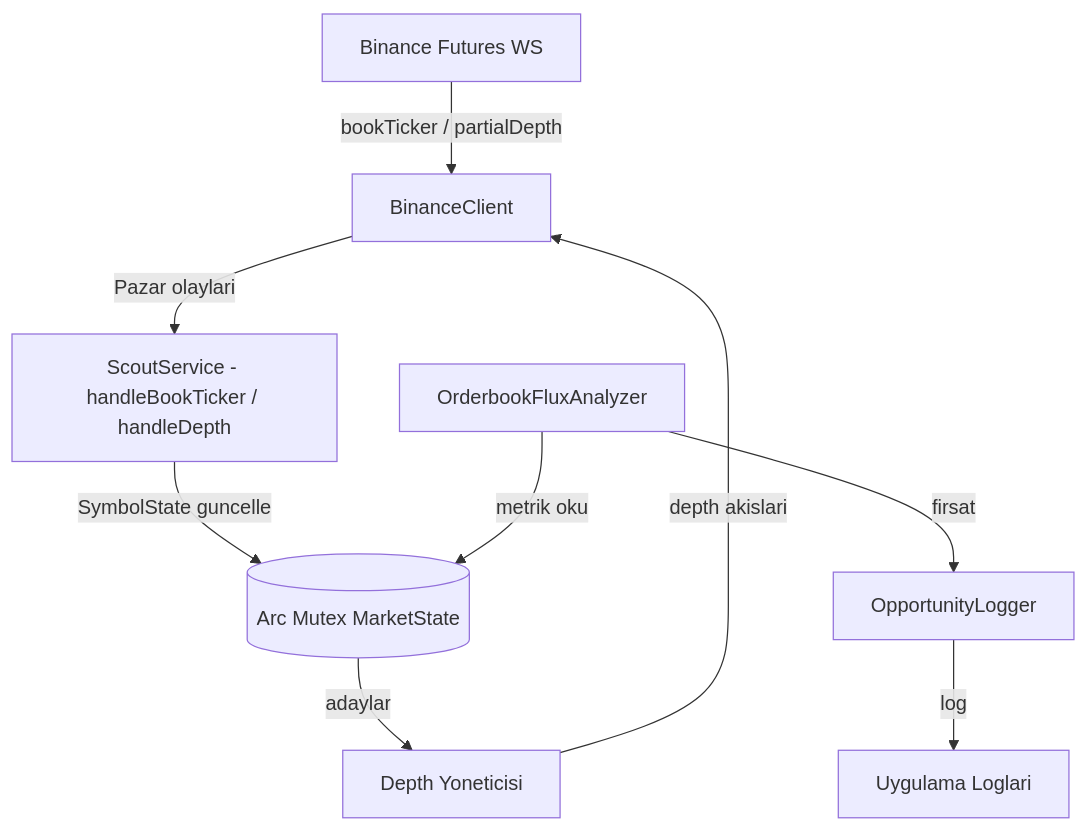
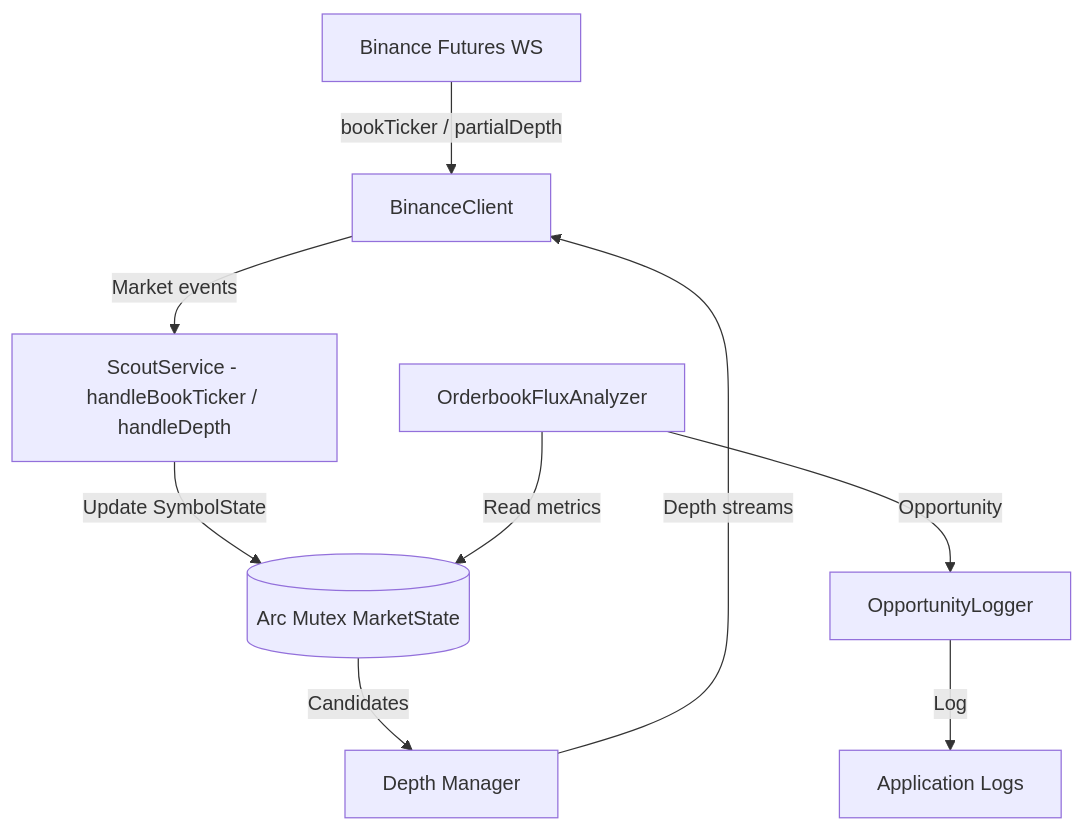
The diagram in crates/plugins/analytics/plugin_scout/architecture_design.md (semihvz/cycle_plugin_arch), drawn with Mermaid before and after one commit. The commit also changed other lines of this file and 26 other files, not shown here.

````diff
--- a/crates/plugins/analytics/plugin_scout/architecture_design.md
+++ b/crates/plugins/analytics/plugin_scout/architecture_design.md
@@ -20,11 +20,11 @@
 ```mermaid
 graph TD
     BF[Binance Futures WS] -->|bookTicker / partialDepth| CL[BinanceClient]
-    CL -->|Pazar olaylari| SV[ScoutService - handleBookTicker / handleDepth]
-    SV -->|SymbolState guncelle| MS[(Arc Mutex MarketState)]
-    AN[OrderbookFluxAnalyzer] -->|metrik oku| MS
-    MS -->|adaylar| DM[Depth Yoneticisi]
-    DM -->|depth akislari| CL
-    AN -->|firsat| OL[OpportunityLogger]
-    OL -->|log| LOG[Uygulama Loglari]
+    CL -->|Market events| SV[ScoutService - handleBookTicker / handleDepth]
+    SV -->|Update SymbolState| MS[(Arc Mutex MarketState)]
+    AN[OrderbookFluxAnalyzer] -->|Read metrics| MS
+    MS -->|Candidates| DM[Depth Manager]
+    DM -->|Depth streams| CL
+    AN -->|Opportunity| OL[OpportunityLogger]
+    OL -->|Log| LOG[Application Logs]
 ```
````
